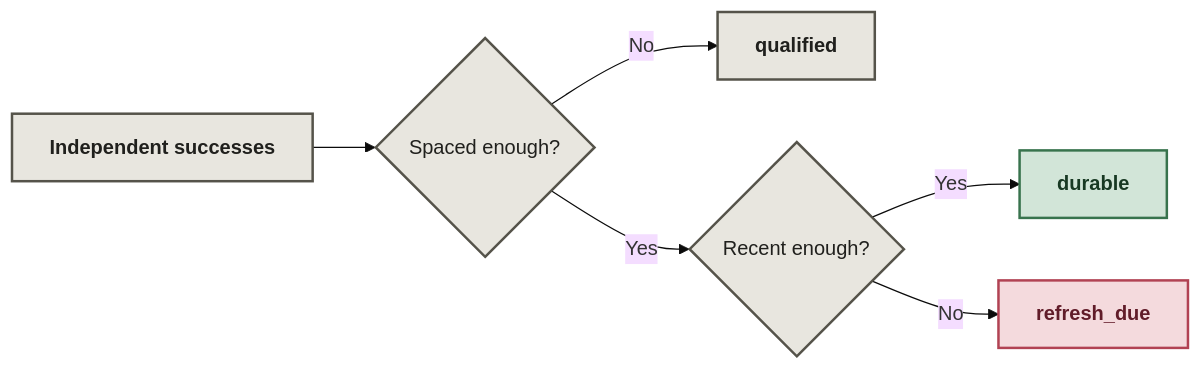
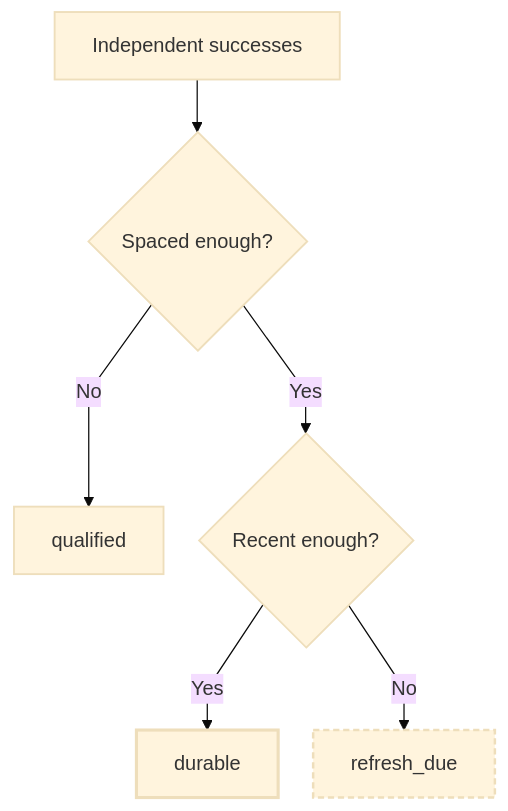
The second of 2 diagrams in README.md (Niyam-Paneru/learning-evidence-core), drawn with Mermaid (base theme) before and after one commit. The commit also changed other lines of this file, not shown here.

Commit message:
Improve Mermaid layout and light-dark theme readability

````diff
--- a/README.md
+++ b/README.md
@@ -29,14 +38,23 @@
 ```mermaid
-flowchart LR
-    A["<b>Independent successes</b>"] --> S{"Spaced enough?"}
-    S -- No --> Q["<b>qualified</b>"]
+---
+config:
+  flowchart:
+    curve: linear
+    nodeSpacing: 28
+    rankSpacing: 42
+---
+flowchart TB
+    accTitle: Durability: count spaced successes, then check recency
+    accDescr: Decision flow for durability: count spaced successes, then check recency.
+    A["Independent successes"] --> S{"Spaced enough?"}
+    S -- No --> Q["qualified"]
     S -- Yes --> R{"Recent enough?"}
-    R -- Yes --> D["<b>durable</b>"]
-    R -- No --> F["<b>refresh_due</b>"]
-    classDef input fill:#e8e6df,stroke:#55534a,color:#20201d,stroke-width:2px;
-    classDef pass fill:#d2e5d8,stroke:#38734d,color:#183923,stroke-width:2px;
-    classDef stop fill:#f4dadd,stroke:#b14253,color:#611c29,stroke-width:2px;
+    R -- Yes --> D["durable"]
+    R -- No --> F["refresh_due"]
+    classDef input stroke-width:1.5px;
+    classDef pass stroke-width:2.5px;
+    classDef stop stroke-width:2px,stroke-dasharray:5 3;
     class A,S,R,Q input;
     class D pass;
     class F stop;
 ```
````
